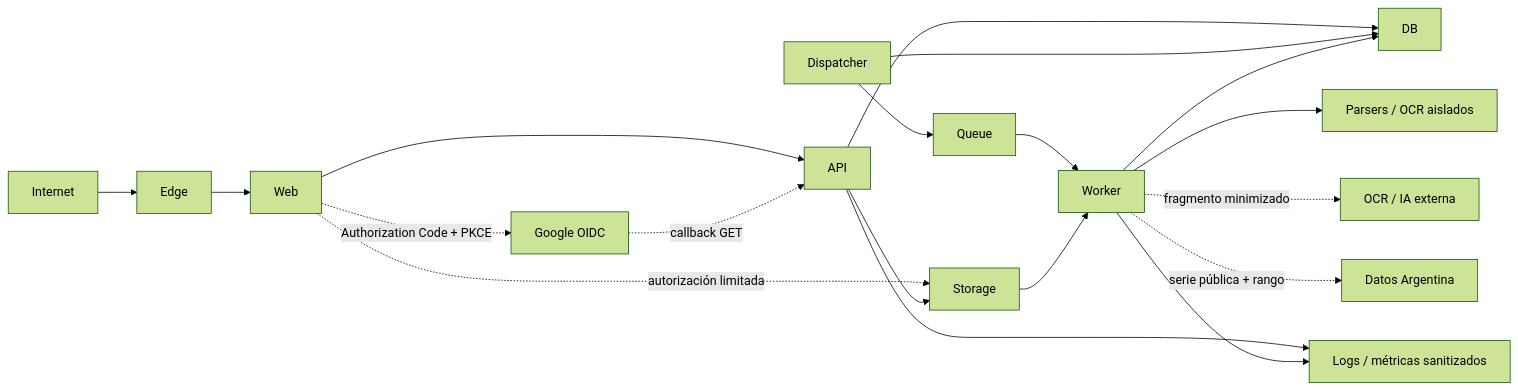
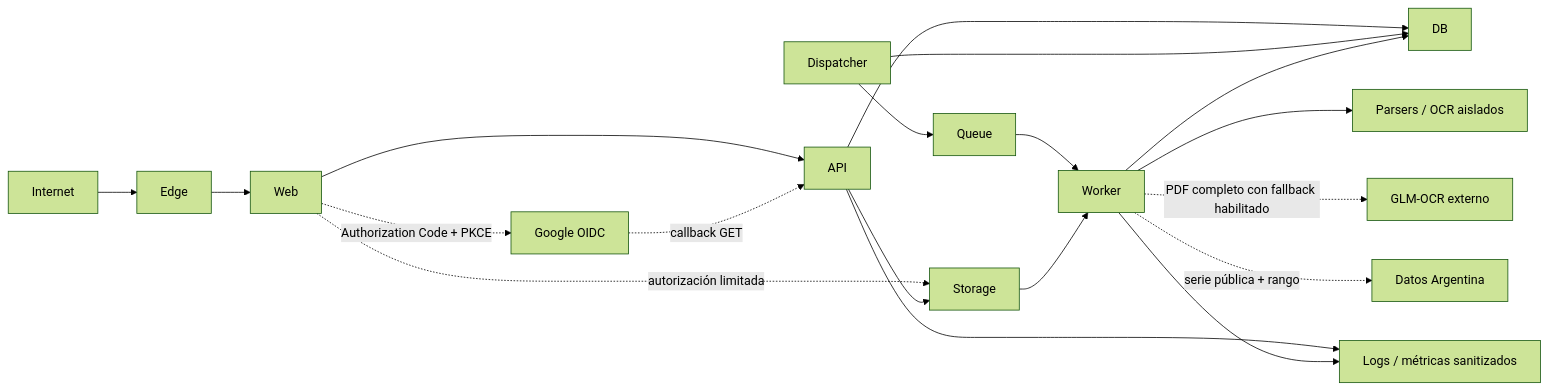
One commit to SebastianMacaya/Salarivo changed the diagram in docs/security/threat-model.md. Above: the diagram before and after it, drawn with Mermaid (forest theme). The commit also changed other lines of this file and 58 other files, not shown here.

Commit message:
feat: integrate controlled GLM-OCR fallback and publish legal 1.1

```diff
--- a/docs/security/threat-model.md
+++ b/docs/security/threat-model.md
@@ -36,21 +36,21 @@
 ~~~mermaid
 flowchart LR
     Internet --> Edge
     Edge --> Web
     Web --> API
     Web -. Authorization Code + PKCE .-> Google[Google OIDC]
     Google -. callback GET .-> API
     Web -. autorización limitada .-> Storage
     API --> DB
     API --> Storage
     Dispatcher --> DB
     Dispatcher --> Queue
     Queue --> Worker
     Storage --> Worker
     Worker --> DB
     Worker --> Sandbox[Parsers / OCR aislados]
-    Worker -. fragmento minimizado .-> Vendor[OCR / IA externa]
+    Worker -. PDF completo con fallback habilitado .-> Vendor[GLM-OCR externo]
     Worker -. serie pública + rango .-> Economic[Datos Argentina]
     API --> Telemetry[Logs / métricas sanitizados]
     Worker --> Telemetry
 ~~~
```
